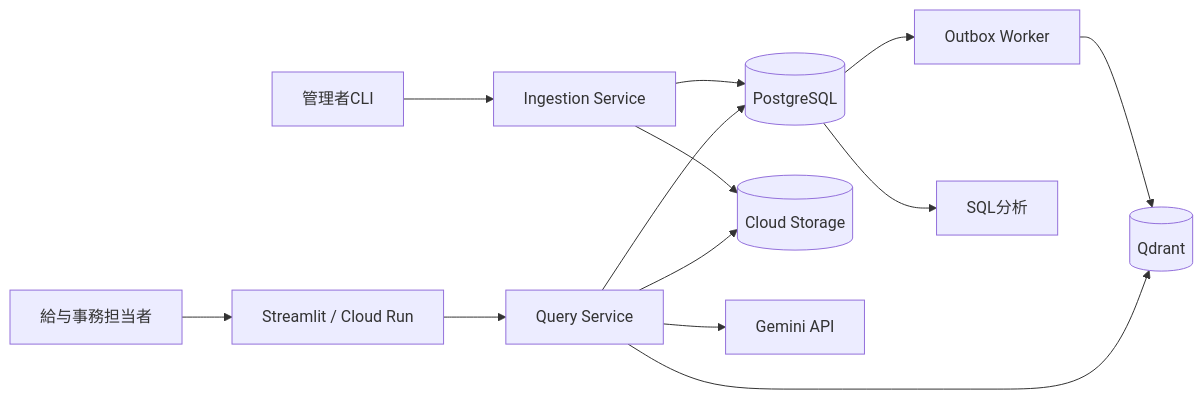
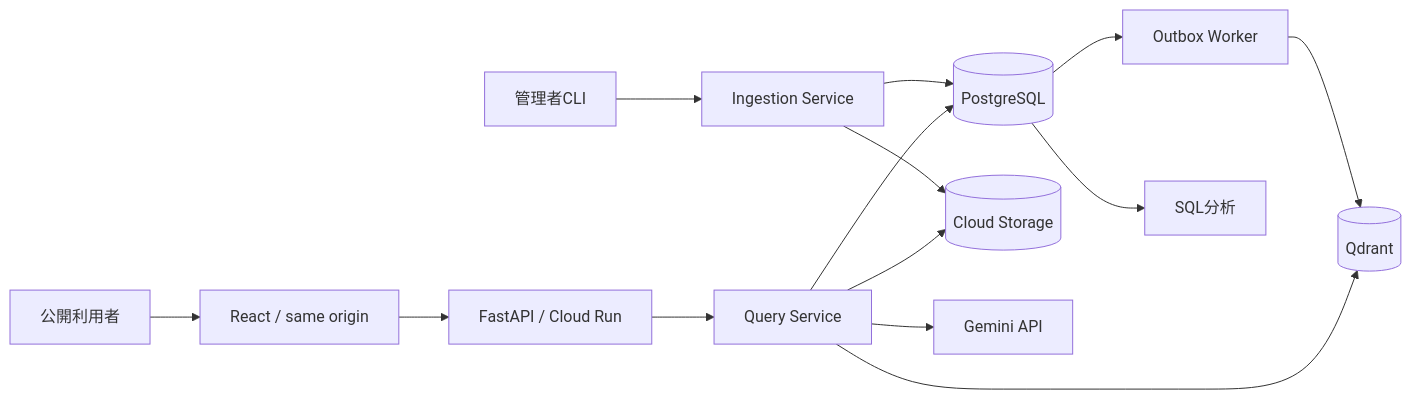
One commit to toko1970/municipal-rag-assistant changed the diagram in design/TECHNICAL_DESIGN.md. Above: the diagram before and after it, drawn with Mermaid. The commit also changed other lines of this file and 48 other files, not shown here.

Commit message:
feat: migrate public UI to React and FastAPI

````diff
--- a/design/TECHNICAL_DESIGN.md
+++ b/design/TECHNICAL_DESIGN.md
@@ -13,15 +15,16 @@
 ```mermaid
 flowchart LR
-    U[給与事務担当者] --> UI[Streamlit / Cloud Run]
-    UI --> QS[Query Service]
+    U[公開利用者] --> UI[React / same origin]
+    UI --> API[FastAPI / Cloud Run]
+    API --> QS[Query Service]
     QS --> V[(Qdrant)]
     QS --> PG[(PostgreSQL)]
     QS --> GCS[(Cloud Storage)]
     QS --> GEM[Gemini API]
     ADM[管理者CLI] --> ING[Ingestion Service]
     ING --> GCS
     ING --> PG
     PG --> OUT[Outbox Worker]
     OUT --> V
     PG --> ANA[SQL分析]
 ```
````
